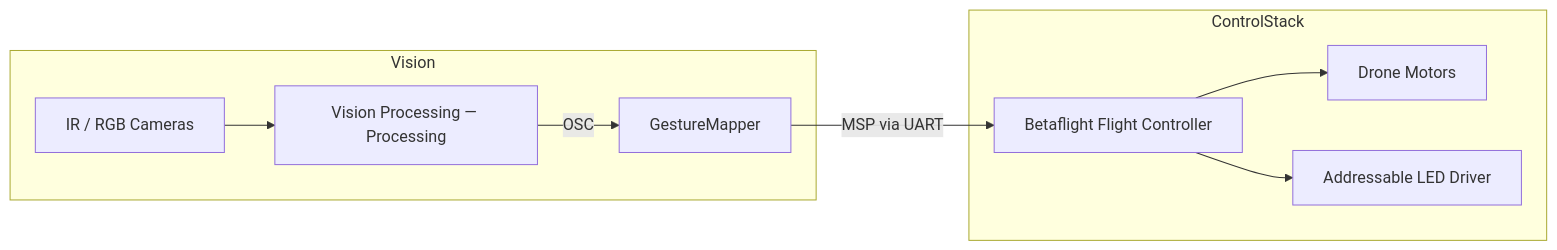
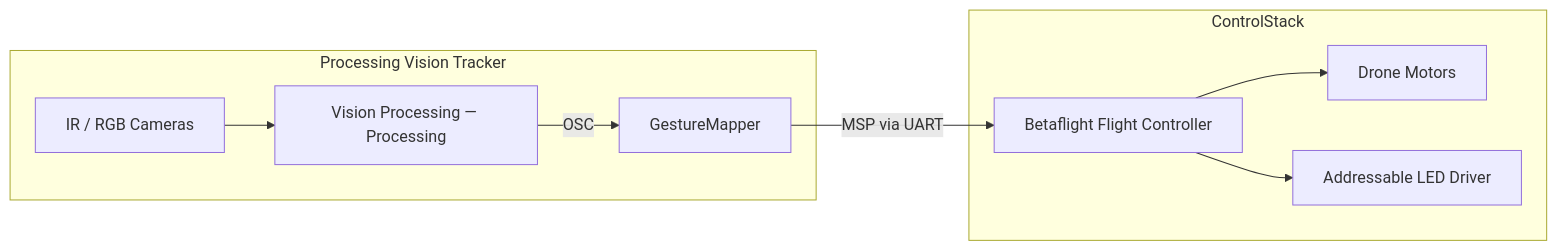
One commit to bseverns/perceptual-drift changed the first of 3 diagrams in docs/onboarding/README.md. Above: the diagram before and after it, drawn with Mermaid. The commit also changed other lines of this file and 2 other files, not shown here.

Commit message:
Clarify Processing vision tracker across docs

````diff
--- a/docs/onboarding/README.md
+++ b/docs/onboarding/README.md
@@ -23,14 +23,14 @@
 ```mermaid
 flowchart LR
-    subgraph Vision
+    subgraph ProcessingTracker[Processing Vision Tracker]
         Cameras["IR / RGB Cameras"]
         VisionProcessing["Vision Processing — Processing"]
         Cameras --> VisionProcessing
         VisionProcessing -->|OSC| GestureMapper
     end
     subgraph ControlStack
         GestureMapper -->|MSP via UART| FlightController["Betaflight Flight Controller"]
         FlightController --> Motors["Drone Motors"]
         FlightController --> LedDriver["Addressable LED Driver"]
     end
 ```
````
